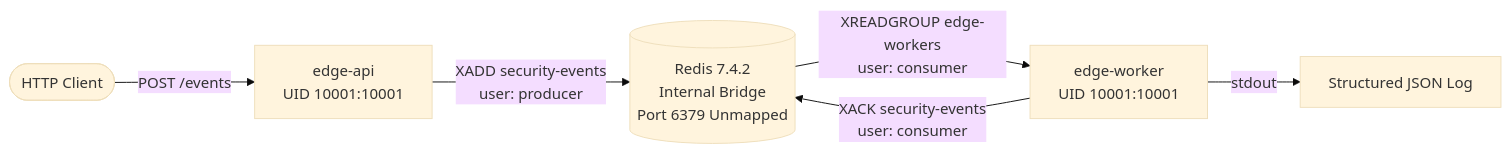
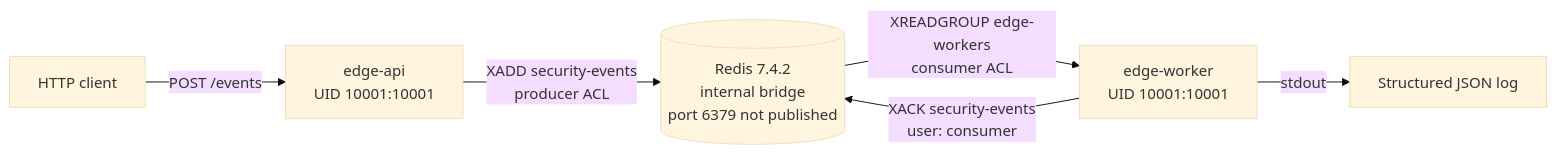
One commit to dedsec-terminal/KubeSentinel changed the first of 2 diagrams in docs/redis-security.md. Above: the diagram before and after it, drawn with Mermaid (base theme). The commit also changed other lines of this file and 201 other files, not shown here.

````diff
--- a/docs/redis-security.md
+++ b/docs/redis-security.md
@@ -7,8 +7,8 @@
 ```mermaid
 flowchart LR
-    Client([HTTP Client]) -->|POST /events| API[edge-api\nUID 10001:10001]
-    API -->|XADD security-events\nuser: producer| R[(Redis 7.4.2\nInternal Bridge\nPort 6379 Unmapped)]
-    R -->|XREADGROUP edge-workers\nuser: consumer| W[edge-worker\nUID 10001:10001]
-    W -->|stdout| Log[Structured JSON Log]
+    Client["HTTP client"] -->|POST /events| API["edge-api<br/>UID 10001:10001"]
+    API -->|XADD security-events<br/>producer ACL| R[("Redis 7.4.2<br/>internal bridge<br/>port 6379 not published")]
+    R -->|XREADGROUP edge-workers<br/>consumer ACL| W["edge-worker<br/>UID 10001:10001"]
+    W -->|stdout| Log["Structured JSON log"]
     W -->|XACK security-events\nuser: consumer| R
 ```
````
